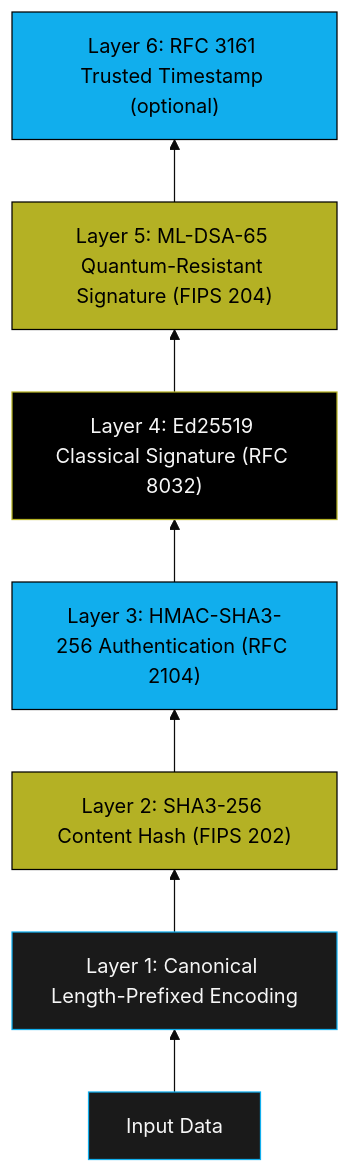
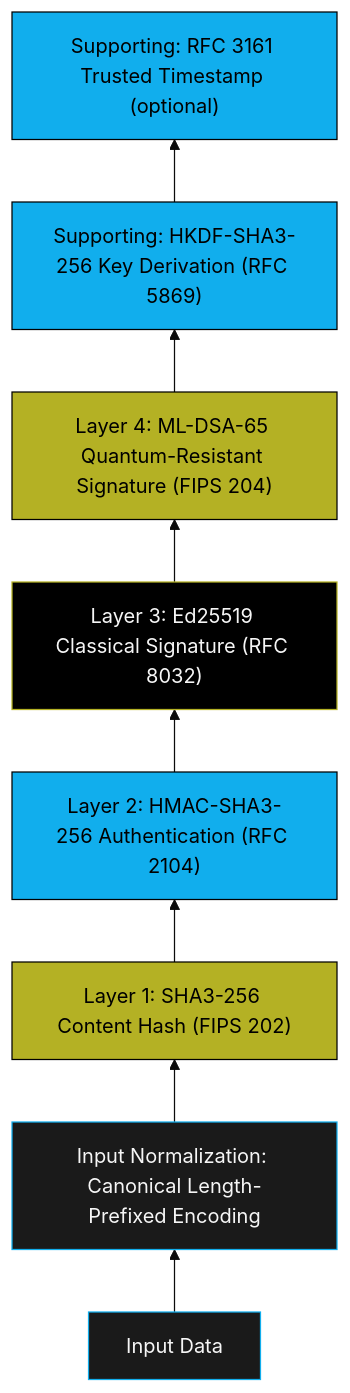
Before and after one commit to Steel-SecAdv-LLC/AMA-Cryptography: the third of 7 diagrams in wiki/Architecture.md, drawn with Mermaid (base theme). The commit also changed other lines of this file and 3 other files, not shown here.

````diff
--- a/wiki/Architecture.md
+++ b/wiki/Architecture.md
@@ -117,15 +117,16 @@
 ```mermaid
 flowchart BT
-    input["Input Data"]:::gray --> L1
-    L1["Layer 1: Canonical Length-Prefixed Encoding"]:::gray --> L2
-    L2["Layer 2: SHA3-256 Content Hash (FIPS 202)"]:::gold --> L3
-    L3["Layer 3: HMAC-SHA3-256 Authentication (RFC 2104)"]:::blue --> L4
-    L4["Layer 4: Ed25519 Classical Signature (RFC 8032)"]:::black --> L5
-    L5["Layer 5: ML-DSA-65 Quantum-Resistant Signature (FIPS 204)"]:::gold --> L6
-    L6["Layer 6: RFC 3161 Trusted Timestamp (optional)"]:::blue
+    input["Input Data"]:::gray --> L0
+    L0["Input Normalization: Canonical Length-Prefixed Encoding"]:::gray --> L1
+    L1["Layer 1: SHA3-256 Content Hash (FIPS 202)"]:::gold --> L2
+    L2["Layer 2: HMAC-SHA3-256 Authentication (RFC 2104)"]:::blue --> L3
+    L3["Layer 3: Ed25519 Classical Signature (RFC 8032)"]:::black --> L4
+    L4["Layer 4: ML-DSA-65 Quantum-Resistant Signature (FIPS 204)"]:::gold --> S1
+    S1["Supporting: HKDF-SHA3-256 Key Derivation (RFC 5869)"]:::blue --> S2
+    S2["Supporting: RFC 3161 Trusted Timestamp (optional)"]:::blue
 
 classDef gold fill:#B4B124,stroke:#000000,color:#000000;
 classDef blue fill:#11AEED,stroke:#000000,color:#000000;
 classDef black fill:#000000,stroke:#B4B124,color:#f6f6f6;
 classDef gray fill:#1a1a1a,stroke:#11AEED,color:#f6f6f6;
 ```
````
